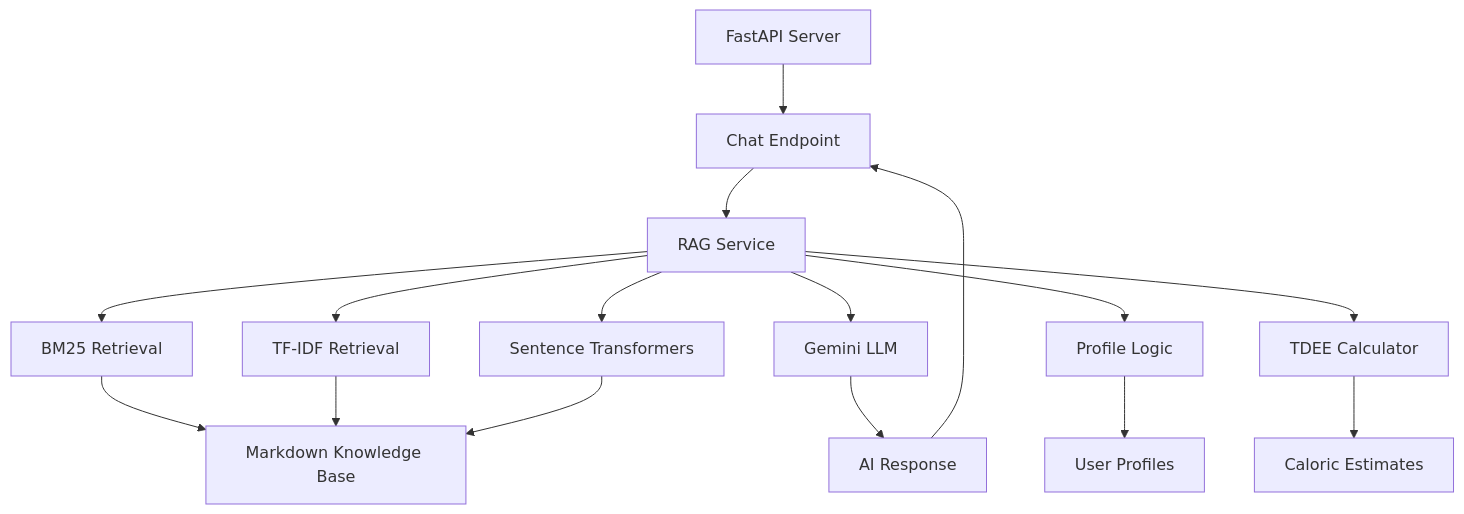
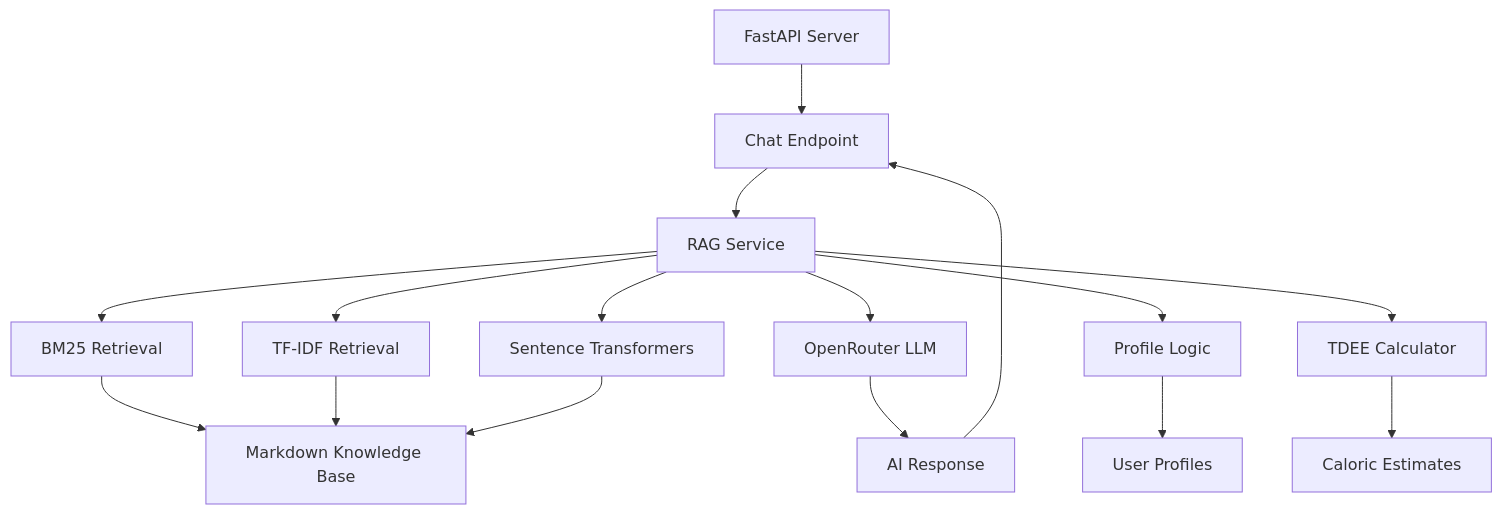
One commit to JoeyRudd/ai-fitness-coach changed the second of 3 diagrams in README.md. Above: the diagram before and after it, drawn with Mermaid. The commit also changed other lines of this file and 8 other files, not shown here.

First line of the commit message:
feat(backend): switch to OpenRouter (DeepSeek) and add client; refactor RAG service to use OpenRouter; add httpx dependency

````diff
--- a/README.md
+++ b/README.md
@@ -214,19 +221,19 @@
 ```mermaid
 graph TD
     A[FastAPI Server] --> B[Chat Endpoint]
     B --> C[RAG Service]
     C --> D[BM25 Retrieval]
     C --> E[TF-IDF Retrieval]
     C --> F[Sentence Transformers]
     D --> G[Markdown Knowledge Base]
     E --> G
     F --> G
-    C --> H[Gemini LLM]
+    C --> H[OpenRouter LLM]
     C --> I[Profile Logic]
     C --> J[TDEE Calculator]
     I --> K[User Profiles]
     J --> L[Caloric Estimates]
 
     H --> M[AI Response]
     M --> B
 ```
````
